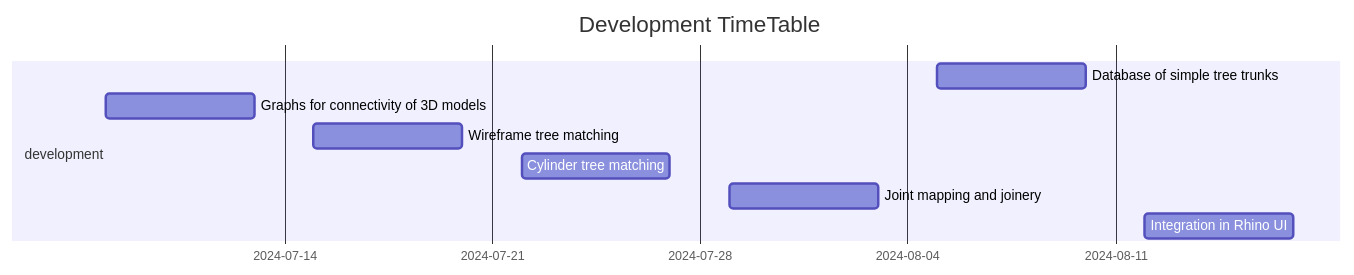
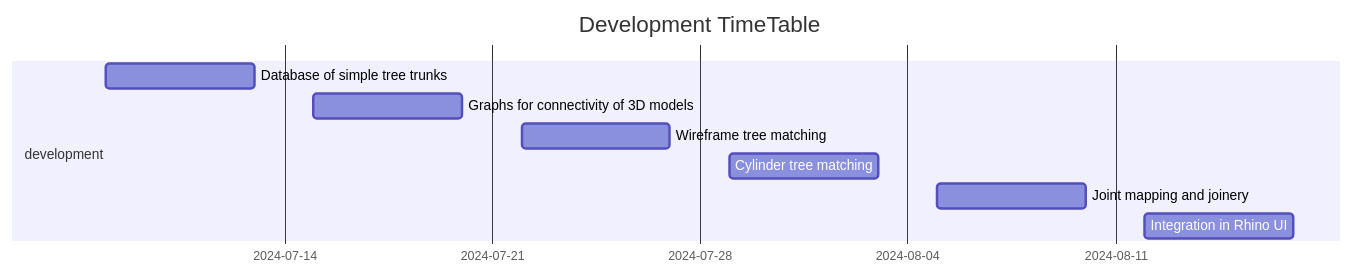
One commit to ibois-epfl/Carnutes changed the diagram in README.md. Above: the diagram before and after it, drawn with Mermaid.

Commit message:
UPDATE-FIX: planning in README

````diff
--- a/README.md
+++ b/README.md
@@ -64,12 +64,12 @@
 ```mermaid
 gantt
     title Development TimeTable
     dateFormat  YYYY-MM-DD
     section development
-    Database of simple tree trunks      : 2024-08-05, 5d
-    Graphs for connectivity of 3D models: 2024-07-08, 5d
-    Wireframe tree matching             : 2024-07-15, 5d
-    Cylinder tree matching              : 2024-07-22, 5d
-    Joint mapping and joinery           : 2024-07-29, 5d
+    Database of simple tree trunks      : 2024-07-08, 5d
+    Graphs for connectivity of 3D models: 2024-07-15, 5d
+    Wireframe tree matching             : 2024-07-22, 5d
+    Cylinder tree matching              : 2024-07-29, 5d
+    Joint mapping and joinery           : 2024-08-05, 5d
     Integration in Rhino UI             : 2024-08-12, 5d
 ```
````
